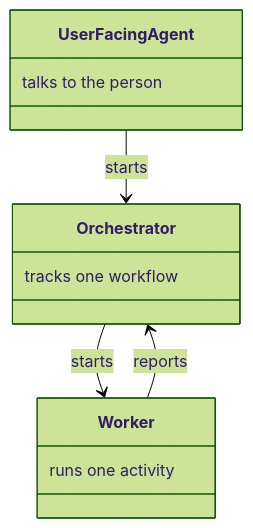
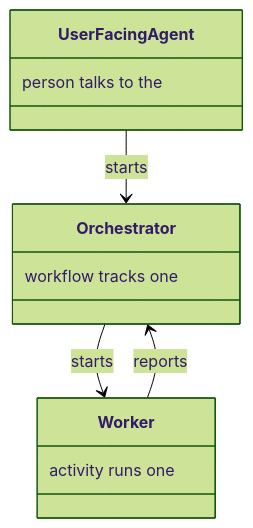
Before and after one commit to m2ux/workflow-server: the second of 18 diagrams in docs/dispatch.md, drawn with Mermaid (forest theme). The commit also changed other lines of this file and 13 other files, not shown here.

````diff
--- a/docs/dispatch.md
+++ b/docs/dispatch.md
@@ -28,15 +28,15 @@
 ```mermaid
 classDiagram
   class UserFacingAgent {
-    talks to the person
+    person talks to the
   }
   class Orchestrator {
-    tracks one workflow
+    workflow tracks one
   }
   class Worker {
-    runs one activity
+    activity runs one
   }
   UserFacingAgent --> Orchestrator : starts
   Orchestrator --> Worker : starts
   Worker --> Orchestrator : reports
 ```
````
